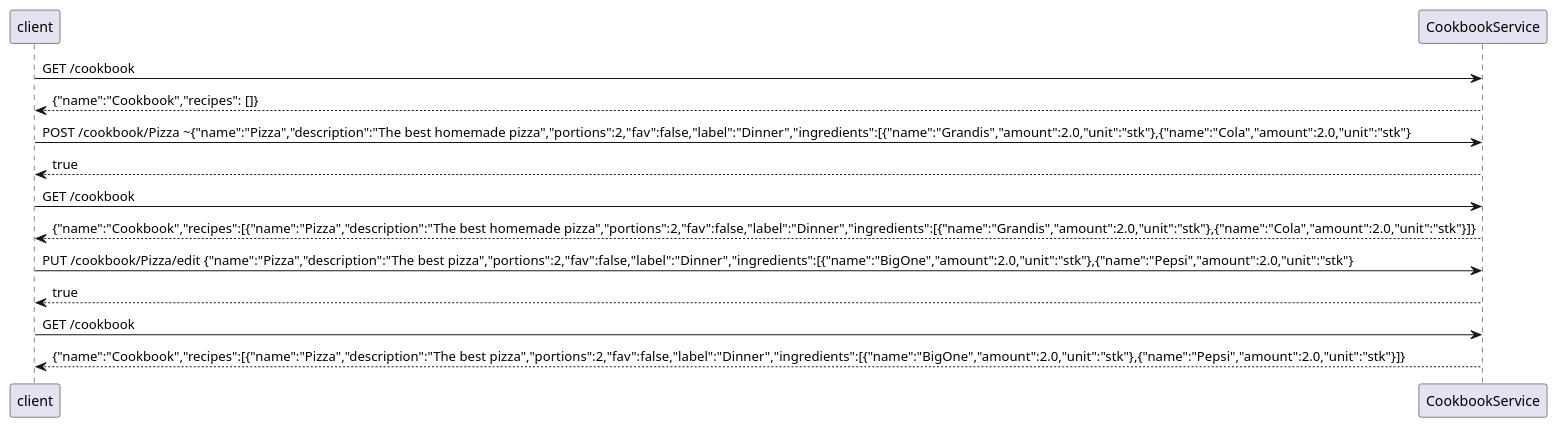
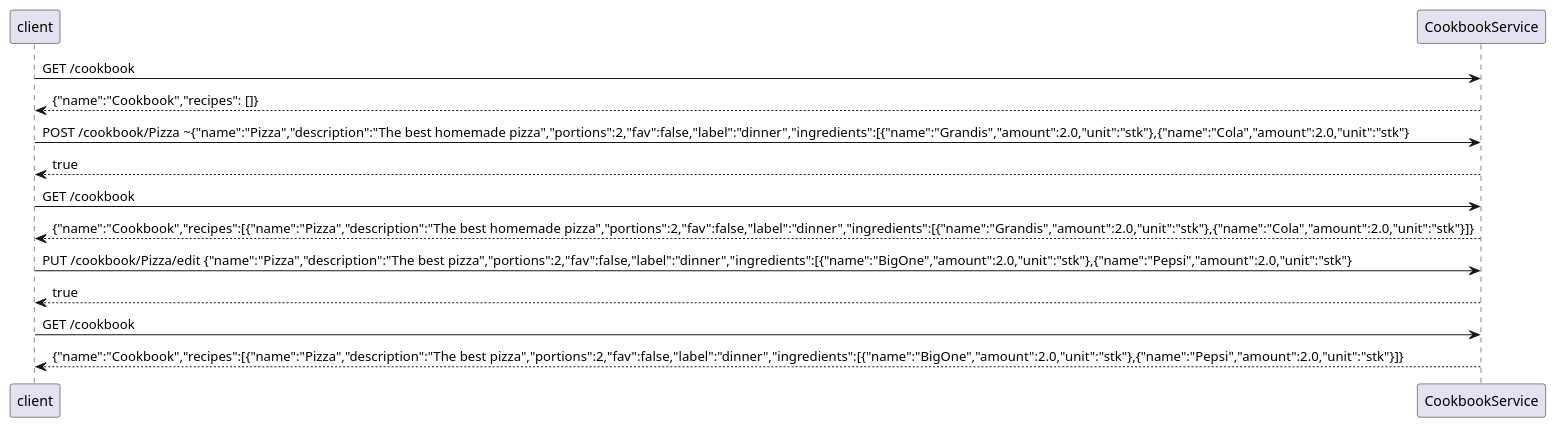
Before and after one commit to FridaK-sys/Foodie: the diagram in foodie/restapi/src/main/java/foodie/restapi/rest.puml, drawn with PlantUML. The commit also changed 17 other files, not shown here.

```diff
--- a/foodie/restapi/src/main/java/foodie/restapi/rest.puml
+++ b/foodie/restapi/src/main/java/foodie/restapi/rest.puml
@@ -1,12 +1,12 @@
 @startuml
 client -> CookbookService: GET /cookbook
 CookbookService --> client: {"name":"Cookbook","recipes": []}
-client -> CookbookService: POST /cookbook/Pizza ~{"name":"Pizza","description":"The best homemade pizza","portions":2,"fav":false,"label":"Dinner","ingredients":[{"name":"Grandis","amount":2.0,"unit":"stk"},{"name":"Cola","amount":2.0,"unit":"stk"}
+client -> CookbookService: POST /cookbook/Pizza ~{"name":"Pizza","description":"The best homemade pizza","portions":2,"fav":false,"label":"dinner","ingredients":[{"name":"Grandis","amount":2.0,"unit":"stk"},{"name":"Cola","amount":2.0,"unit":"stk"}
 CookbookService --> client: true
 client -> CookbookService: GET /cookbook
-CookbookService --> client: {"name":"Cookbook","recipes":[{"name":"Pizza","description":"The best homemade pizza","portions":2,"fav":false,"label":"Dinner","ingredients":[{"name":"Grandis","amount":2.0,"unit":"stk"},{"name":"Cola","amount":2.0,"unit":"stk"}]}
-client -> CookbookService: PUT /cookbook/Pizza/edit {"name":"Pizza","description":"The best pizza","portions":2,"fav":false,"label":"Dinner","ingredients":[{"name":"BigOne","amount":2.0,"unit":"stk"},{"name":"Pepsi","amount":2.0,"unit":"stk"}
+CookbookService --> client: {"name":"Cookbook","recipes":[{"name":"Pizza","description":"The best homemade pizza","portions":2,"fav":false,"label":"dinner","ingredients":[{"name":"Grandis","amount":2.0,"unit":"stk"},{"name":"Cola","amount":2.0,"unit":"stk"}]}
+client -> CookbookService: PUT /cookbook/Pizza/edit {"name":"Pizza","description":"The best pizza","portions":2,"fav":false,"label":"dinner","ingredients":[{"name":"BigOne","amount":2.0,"unit":"stk"},{"name":"Pepsi","amount":2.0,"unit":"stk"}
 CookbookService --> client: true
 client -> CookbookService: GET /cookbook
-CookbookService --> client: {"name":"Cookbook","recipes":[{"name":"Pizza","description":"The best pizza","portions":2,"fav":false,"label":"Dinner","ingredients":[{"name":"BigOne","amount":2.0,"unit":"stk"},{"name":"Pepsi","amount":2.0,"unit":"stk"}]}
+CookbookService --> client: {"name":"Cookbook","recipes":[{"name":"Pizza","description":"The best pizza","portions":2,"fav":false,"label":"dinner","ingredients":[{"name":"BigOne","amount":2.0,"unit":"stk"},{"name":"Pepsi","amount":2.0,"unit":"stk"}]}
 @enduml
```
